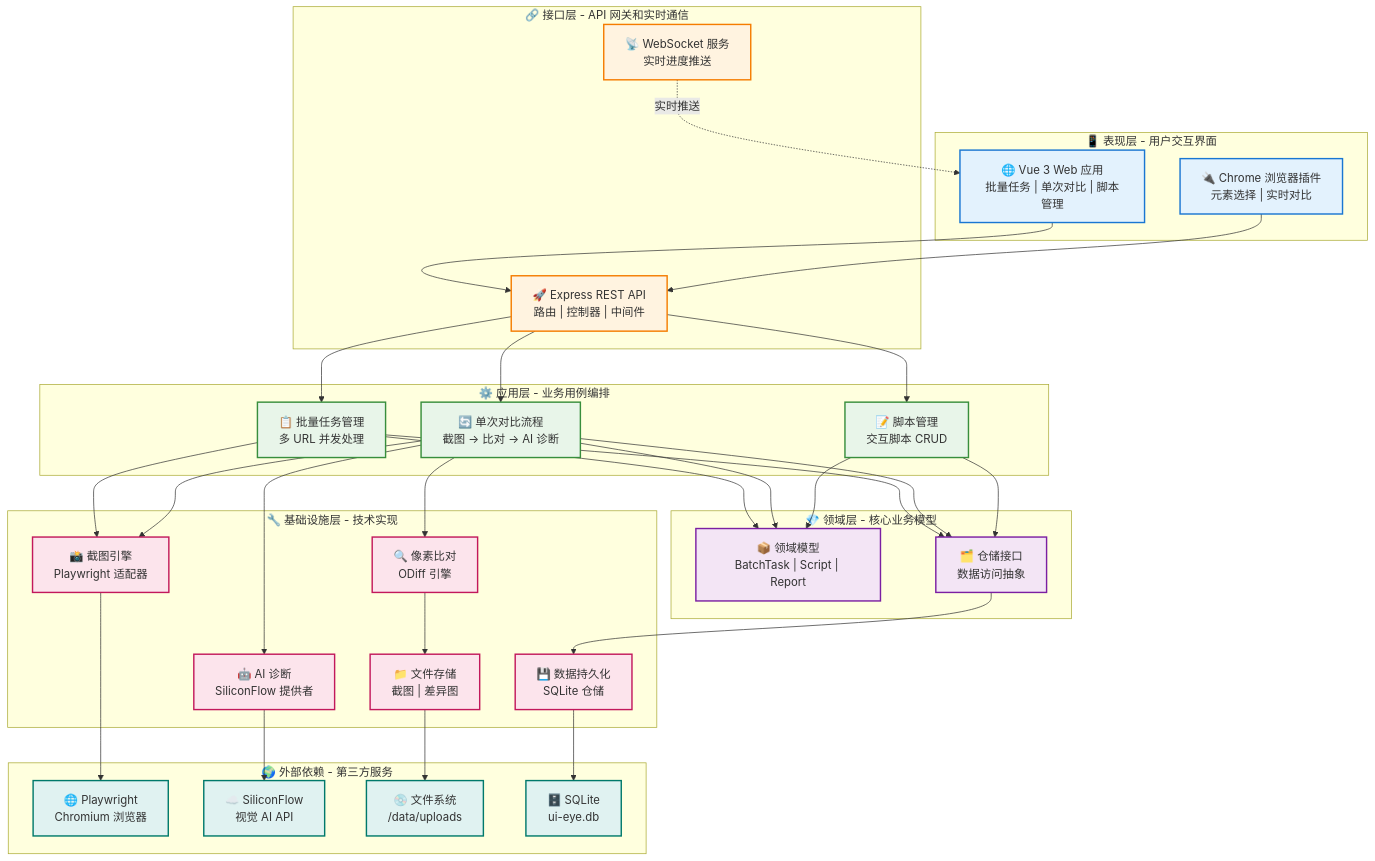
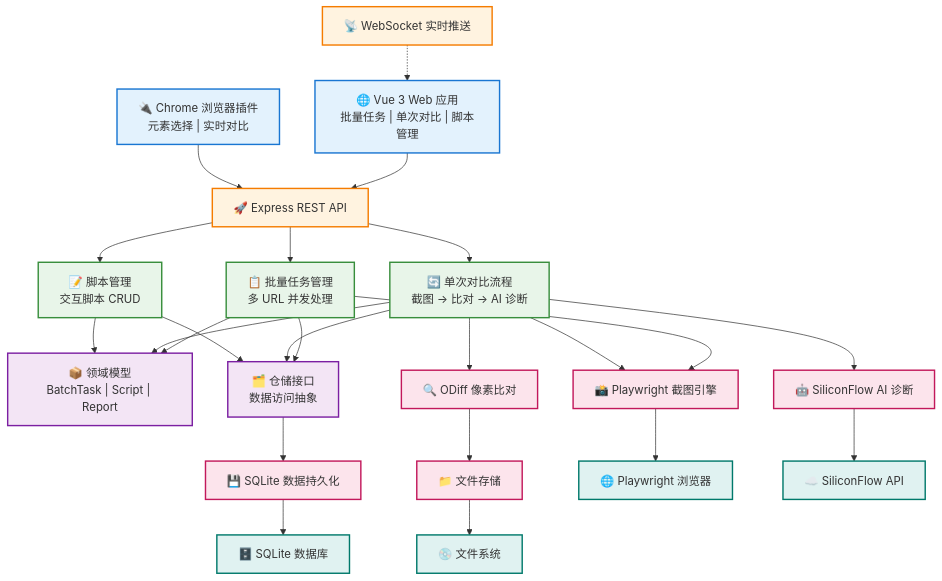
One commit to liyongshun1018/UI-Eye changed the first of 4 diagrams in docs/项目架构文档.md. Above: the diagram before and after it, drawn with Mermaid.

Commit message:
refactor: 移除 subgraph 简化架构图布局，使用纯节点实现清晰的垂直分层

````diff
--- a/docs/项目架构文档.md
+++ b/docs/项目架构文档.md
@@ -11,46 +11,34 @@
 ```mermaid
 graph TD
-    %% 第一层：表现层 - 用户交互界面
-    subgraph L1["📱 表现层 - 用户交互界面"]
-        Web["🌐 Vue 3 Web 应用<br/>批量任务 | 单次对比 | 脚本管理"]
-        Plugin["🔌 Chrome 浏览器插件<br/>元素选择 | 实时对比"]
-    end
+    %% ========== 第一层：表现层 - 用户交互界面 ==========
+    Web["🌐 Vue 3 Web 应用<br/>批量任务 | 单次对比 | 脚本管理"]
+    Plugin["🔌 Chrome 浏览器插件<br/>元素选择 | 实时对比"]
     
-    %% 第二层：接口层 - API 网关和实时通信
-    subgraph L2["🔗 接口层 - API 网关和实时通信"]
-        API["🚀 Express REST API<br/>路由 | 控制器 | 中间件"]
-        WS["📡 WebSocket 服务<br/>实时进度推送"]
-    end
+    %% ========== 第二层：接口层 - API 网关和实时通信 ==========
+    API["🚀 Express REST API"]
+    WS["📡 WebSocket 实时推送"]
     
-    %% 第三层：应用层 - 业务用例编排
-    subgraph L3["⚙️ 应用层 - 业务用例编排"]
-        UC1["📋 批量任务管理<br/>多 URL 并发处理"]
-        UC2["🔄 单次对比流程<br/>截图 → 比对 → AI 诊断"]
-        UC3["📝 脚本管理<br/>交互脚本 CRUD"]
-    end
+    %% ========== 第三层：应用层 - 业务用例编排 ==========
+    UC1["📋 批量任务管理<br/>多 URL 并发处理"]
+    UC2["🔄 单次对比流程<br/>截图 → 比对 → AI 诊断"]
+    UC3["📝 脚本管理<br/>交互脚本 CRUD"]
     
-    %% 第四层：领域层 - 核心业务模型
-    subgraph L4["💎 领域层 - 核心业务模型"]
-        Model["📦 领域模型<br/>BatchTask | Script | Report"]
-        Repo["🗂️ 仓储接口<br/>数据访问抽象"]
-    end
+    %% ========== 第四层：领域层 - 核心业务模型 ==========
+    Model["📦 领域模型<br/>BatchTask | Script | Report"]
+    Repo["🗂️ 仓储接口<br/>数据访问抽象"]
     
-    %% 第五层：基础设施层 - 技术实现
-    subgraph L5["🔧 基础设施层 - 技术实现"]
-        Capture["📸 截图引擎<br/>Playwright 适配器"]
-        Compare["🔍 像素比对<br/>ODiff 引擎"]
-        AI["🤖 AI 诊断<br/>SiliconFlow 提供者"]
-        DB["💾 数据持久化<br/>SQLite 仓储"]
-        Storage["📁 文件存储<br/>截图 | 差异图"]
-    end
+    %% ========== 第五层：基础设施层 - 技术实现 ==========
+    Capture["📸 Playwright 截图引擎"]
+    Compare["🔍 ODiff 像素比对"]
+    AI["🤖 SiliconFlow AI 诊断"]
+    DB["💾 SQLite 数据持久化"]
+    Storage["📁 文件存储"]
     
-    %% 第六层：外部依赖 - 第三方服务
-    subgraph L6["🌍 外部依赖 - 第三方服务"]
-        Browser["🌐 Playwright<br/>Chromium 浏览器"]
-        AIService["☁️ SiliconFlow<br/>视觉 AI API"]
-        FileSystem["💿 文件系统<br/>/data/uploads"]
-        Database["🗄️ SQLite<br/>ui-eye.db"]
-    end
+    %% ========== 第六层：外部依赖 - 第三方服务 ==========
+    Browser["🌐 Playwright 浏览器"]
+    AIService["☁️ SiliconFlow API"]
+    FileSystem["💿 文件系统"]
+    Database["🗄️ SQLite 数据库"]
     
     %% 层级关系
     Web --> API
@@ -58,7 +46,7 @@
     API --> UC1
     API --> UC2
     API --> UC3
-    WS -.实时推送.-> Web
+    WS -.-> Web
     
     UC1 --> Model
     UC2 --> Model
````
